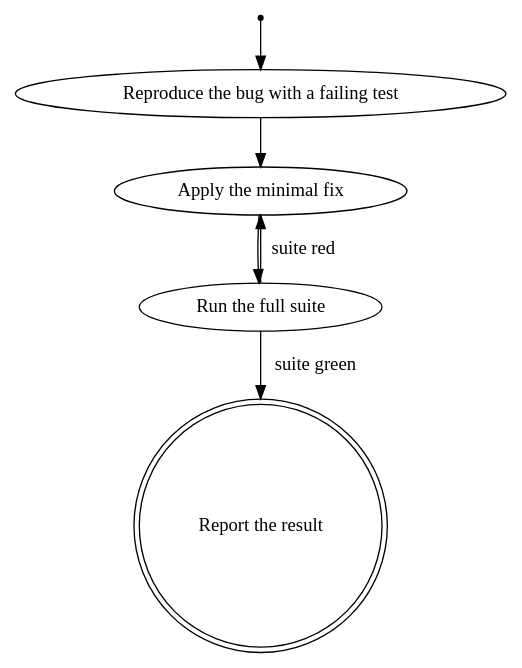
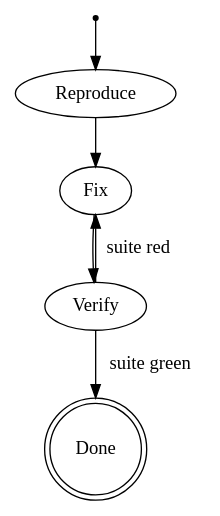
Before and after one commit to coldstar96/state-machine-skill: the diagram in README.md, drawn with Graphviz. The commit also changed other lines of this file and 10 other files, not shown here.

First line of the commit message:
feat: short state labels by default, do= detail, sm show --full, view/detail/label_max settings

````diff
--- a/README.md
+++ b/README.md
@@ -28,16 +28,16 @@
 ```dot
 digraph fix_bug {
   __start__ [shape=point];
   __start__ -> reproduce;
 
-  reproduce [label="Reproduce the bug with a failing test"];
-  fix       [label="Apply the minimal fix"];
-  verify    [label="Run the full suite"];
-  done      [label="Report the result", shape=doublecircle];
+  reproduce [label="Reproduce", do="Reproduce the bug with a failing test"];
+  fix       [label="Fix", do="Apply the minimal fix"];
+  verify    [label="Verify", do="Run the full suite"];
+  done      [label="Done", do="Report the result", shape=doublecircle];
 
   reproduce -> fix;
   fix       -> verify;
   verify    -> done [label="suite green", check="npm test"];
   verify    -> fix  [label="suite red"];
 }
 ```
````
